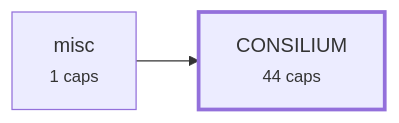
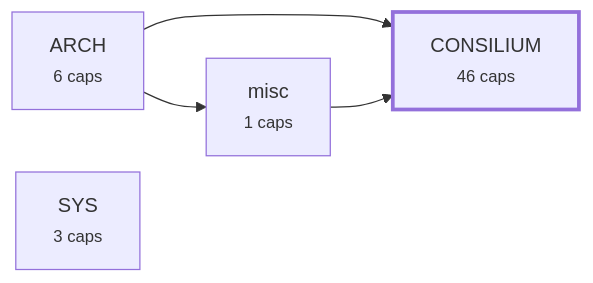
The third of 4 diagrams in requirements/_map.md (alxmax/Consilium_Demo), drawn with Mermaid before and after one commit. The commit also changed other lines of this file and 149 other files, not shown here.

````diff
--- a/requirements/_map.md
+++ b/requirements/_map.md
@@ -318,7 +207,11 @@
 ```mermaid
 graph LR
-  a_CONSILIUM["CONSILIUM<br><small>44 caps</small>"]
+  a_ARCH["ARCH<br><small>6 caps</small>"]
+  a_CONSILIUM["CONSILIUM<br><small>46 caps</small>"]
+  a_SYS["SYS<br><small>3 caps</small>"]
   a_misc["misc<br><small>1 caps</small>"]
+  a_ARCH --> a_CONSILIUM
+  a_ARCH --> a_misc
   a_misc --> a_CONSILIUM
   style a_CONSILIUM stroke-width:3px
 ```
````
